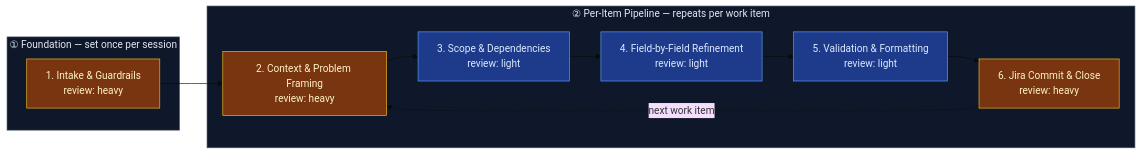
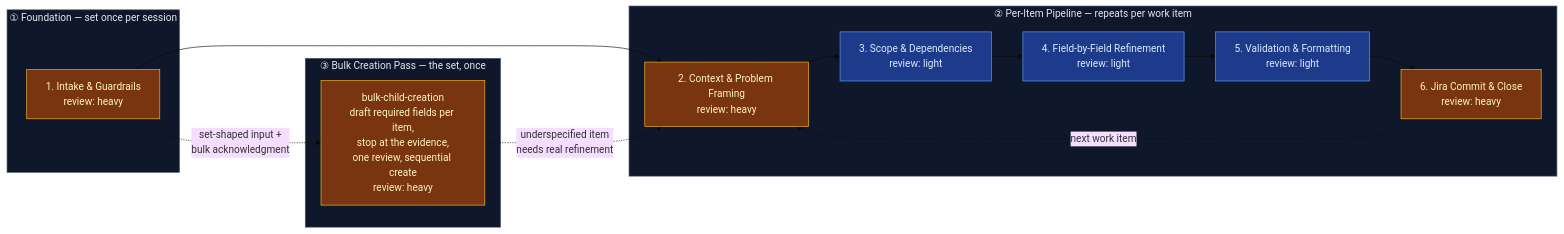
Before and after one commit to RafySauce/flow-lab: the diagram in icp-flows/ai-refinement/HUB.md, drawn with Mermaid (base theme). The commit also changed other lines of this file and 25 other files, not shown here.

````diff
--- a/icp-flows/ai-refinement/HUB.md
+++ b/icp-flows/ai-refinement/HUB.md
@@ -37,21 +43,27 @@
 ```mermaid
 flowchart LR
     subgraph F["① Foundation — set once per session"]
         style F fill:#0f172a,stroke:#475569,stroke-width:1px,color:#e2e8f0
         S1["1. Intake &amp; Guardrails<br/>review: heavy"]:::heavy
     end
     subgraph P["② Per-Item Pipeline — repeats per work item"]
         style P fill:#0f172a,stroke:#475569,stroke-width:1px,color:#e2e8f0
         S2["2. Context &amp; Problem Framing<br/>review: heavy"]:::heavy
         S3["3. Scope &amp; Dependencies<br/>review: light"]:::light
         S4["4. Field-by-Field Refinement<br/>review: light"]:::light
         S5["5. Validation &amp; Formatting<br/>review: light"]:::light
         S6["6. Jira Commit &amp; Close<br/>review: heavy"]:::heavy
     end
+    subgraph B["③ Bulk Creation Pass — the set, once"]
+        style B fill:#0f172a,stroke:#475569,stroke-width:1px,color:#e2e8f0
+        BK["bulk-child-creation<br/>draft required fields per item,<br/>stop at the evidence,<br/>one review, sequential create<br/>review: heavy"]:::heavy
+    end
     S1 --> S2 --> S3 --> S4 --> S5 --> S6
     S6 -.->|"next work item"| S2
+    S1 -.->|"set-shaped input +<br/>bulk acknowledgment"| BK
+    BK -.->|"underspecified item<br/>needs real refinement"| S2
 
     classDef heavy fill:#78350f,stroke:#fbbf24,color:#fef3c7
     classDef light fill:#1e3a8a,stroke:#60a5fa,color:#dbeafe
     classDef gap   fill:#7f1d1d,stroke:#f87171,color:#fee2e2
 ```
````
